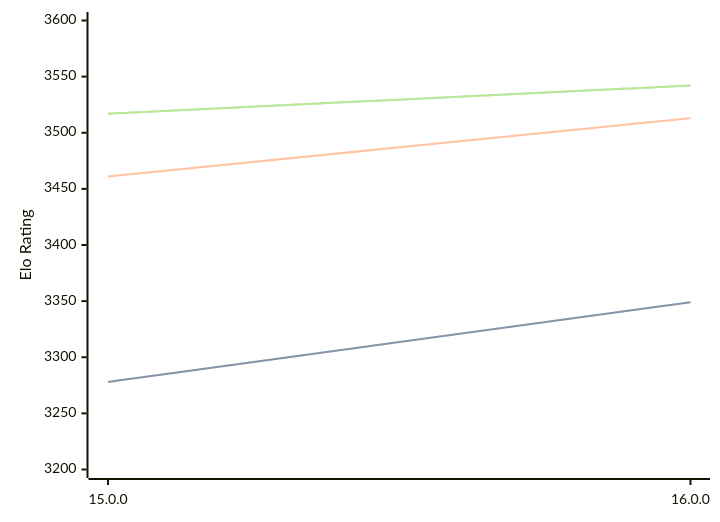
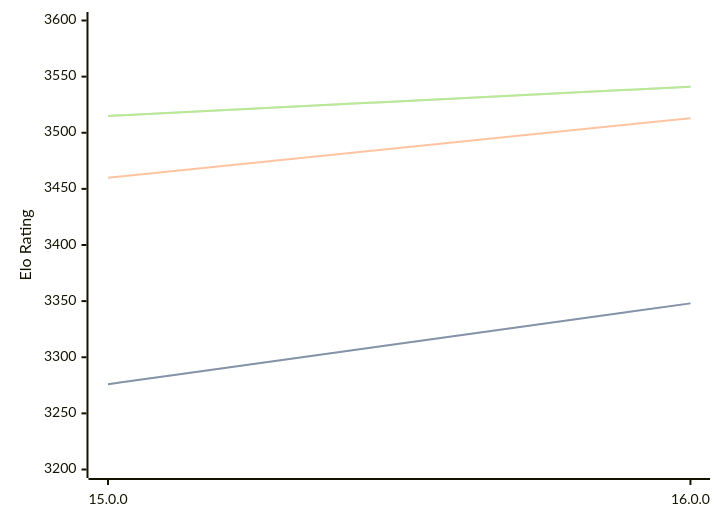
Before and after one commit to computer-chess-index/cci: the first of 3 diagrams in engines/Halogen.md, drawn with Mermaid. The commit also changed other lines of this file, not shown here.

Commit message:
Update CCI Ratings (ELO VLTC) - 2026-07-15

````diff
--- a/engines/Halogen.md
+++ b/engines/Halogen.md
@@ -50,11 +50,11 @@
 ```mermaid
 %%{init: {"theme":"base","themeVariables":{"seriesColors:['#a3a3a3','#222221','#faa371']}}}%%
 xychart-beta
   x-axis ["15.0.0", "16.0.0"]
   y-axis "Elo Rating" 3200 --> 3600
-  line "STC (8.0+0.08s)" [3278, 3349]
-  line "STC (8.0+0.08s)" [3278, 3349]
-  line "LTC (60.0+0.60s)" [3461, 3513]
-  line "VLTC (2m24s+1.12s)" [3517, 3542]
-  line "VLTC (2m24s+1.12s)" [3517, 3542]
+  line "STC (8.0+0.08s)" [3276, 3348]
+  line "STC (8.0+0.08s)" [3276, 3348]
+  line "LTC (60.0+0.60s)" [3460, 3513]
+  line "VLTC (2m24s+1.12s)" [3515, 3541]
+  line "VLTC (2m24s+1.12s)" [3515, 3541]
 ```
````
